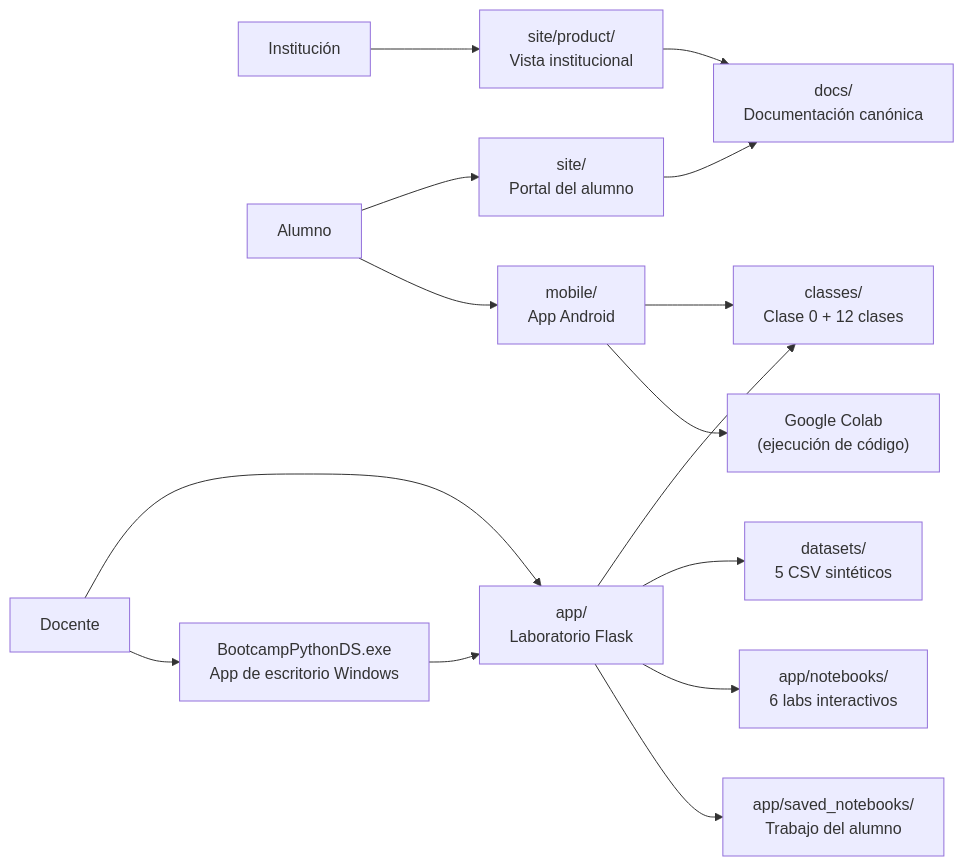
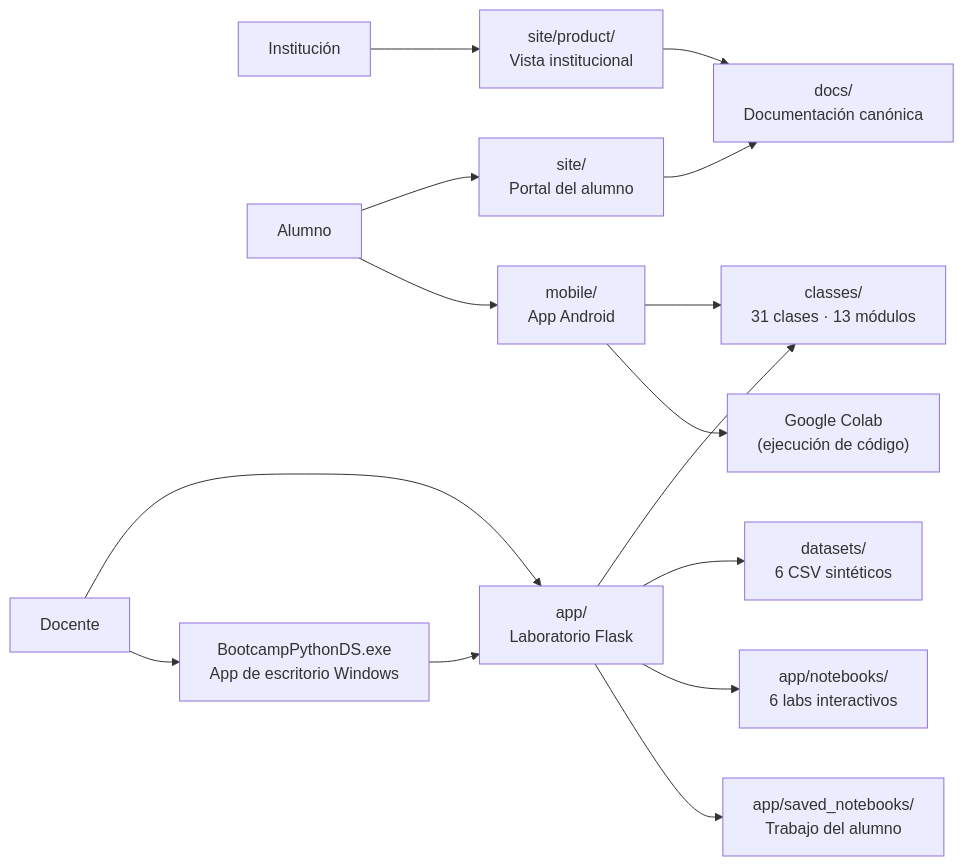
The diagram in README.md (vladimiracunadev-create/python-data-science-bootcamp), drawn with Mermaid before and after one commit. The commit also changed other lines of this file and 5 other files, not shown here.

````diff
--- a/README.md
+++ b/README.md
@@ -133,18 +128,18 @@
 ```mermaid
 graph LR
     INST["Institución"] --> PRODUCT["site/product/\nVista institucional"]
     ALUM["Alumno"] --> PORTAL["site/\nPortal del alumno"]
     ALUM --> MOBILE["mobile/\nApp Android"]
     DOC["Docente"] --> LAB["app/\nLaboratorio Flask"]
     DOC --> WIN["BootcampPythonDS.exe\nApp de escritorio Windows"]
 
     PRODUCT --> DOCS["docs/\nDocumentación canónica"]
     PORTAL --> DOCS
-    MOBILE --> CLASSES["classes/\nClase 0 + 12 clases"]
+    MOBILE --> CLASSES["classes/\n31 clases · 13 módulos"]
     MOBILE --> COLAB["Google Colab\n(ejecución de código)"]
     LAB --> CLASSES
-    LAB --> DATA["datasets/\n5 CSV sintéticos"]
+    LAB --> DATA["datasets/\n6 CSV sintéticos"]
     LAB --> NOTEBOOKS["app/notebooks/\n6 labs interactivos"]
     LAB --> SAVED["app/saved_notebooks/\nTrabajo del alumno"]
     WIN --> LAB
 ```
````
